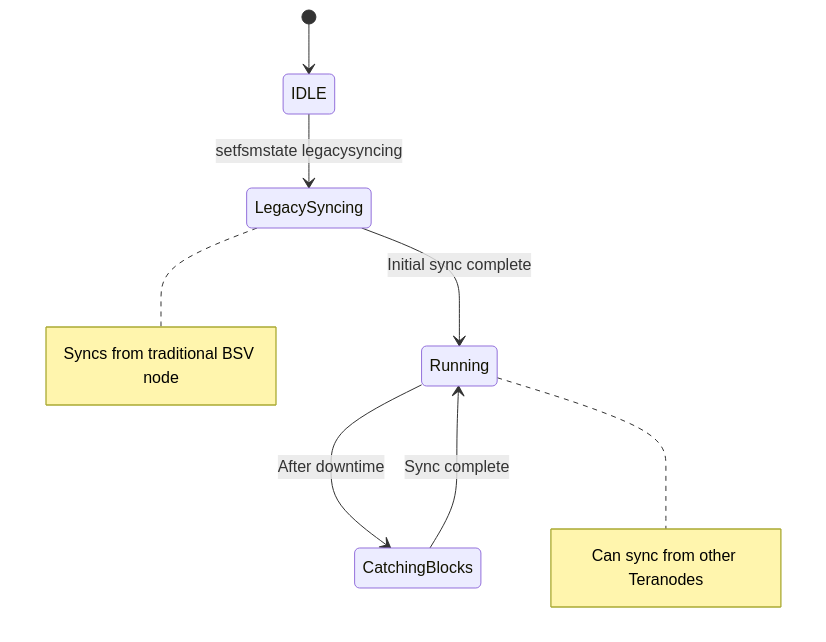
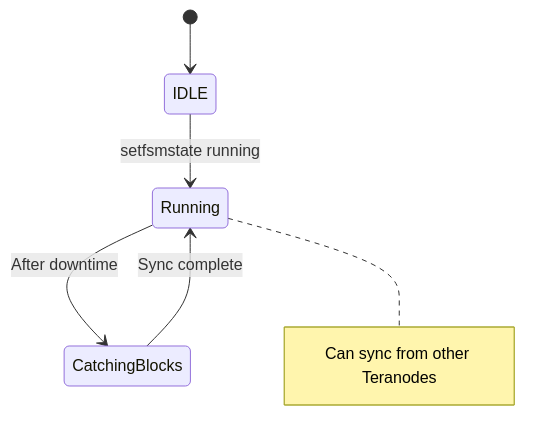
Before and after one commit to ctnguyen/teranode: the diagram in howto/miners/img/mermaid/syncStateFlow.mermaid, drawn with Mermaid. The commit also changed 164 other files, not shown here.

```diff
--- a/howto/miners/img/mermaid/syncStateFlow.mermaid
+++ b/howto/miners/img/mermaid/syncStateFlow.mermaid
@@ -1,14 +1,9 @@
 stateDiagram-v2
     [*] --> IDLE
-    IDLE --> LegacySyncing: setfsmstate legacysyncing
-    LegacySyncing --> Running: Initial sync complete
+    IDLE --> Running: setfsmstate running
     Running --> CatchingBlocks: After downtime
     CatchingBlocks --> Running: Sync complete
-
-    note right of LegacySyncing
-        Syncs from traditional BSV node
-    end note
 
     note right of Running
         Can sync from other Teranodes
     end note
```
